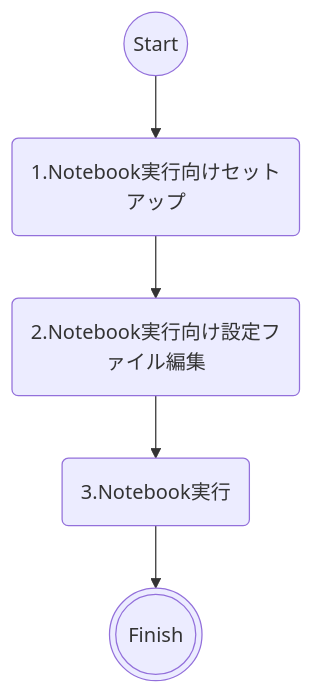
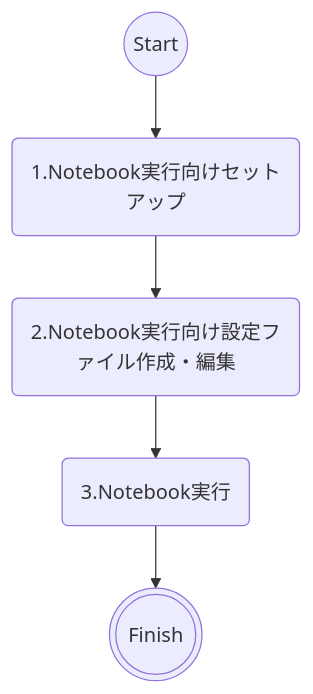
One commit to ZucchiniTang/aitrios-sdk-vision-sensing-app changed the second of 3 diagrams in docs/development-docs/AsciiDoc/VisionandSensingApplicationSDK_FuncSpec_ImageDownload_ja.adoc. Above: the diagram before and after it, drawn with Mermaid. The commit also changed other lines of this file and 200 other files, not shown here.

```diff
--- a/docs/development-docs/AsciiDoc/VisionandSensingApplicationSDK_FuncSpec_ImageDownload_ja.adoc
+++ b/docs/development-docs/AsciiDoc/VisionandSensingApplicationSDK_FuncSpec_ImageDownload_ja.adoc
@@ -74,8 +77,8 @@
 [mermaid]
 ----
 flowchart TD
     start((Start)) --> id1(1.Notebook実行向けセットアップ)
-    id1 --> id2(2.Notebook実行向け設定ファイル編集)
+    id1 --> id2("2.Notebook実行向け設定ファイル作成・編集")
     id2 --> id3(3.Notebook実行)
     id3 --> finish(((Finish)))
 ----
```
